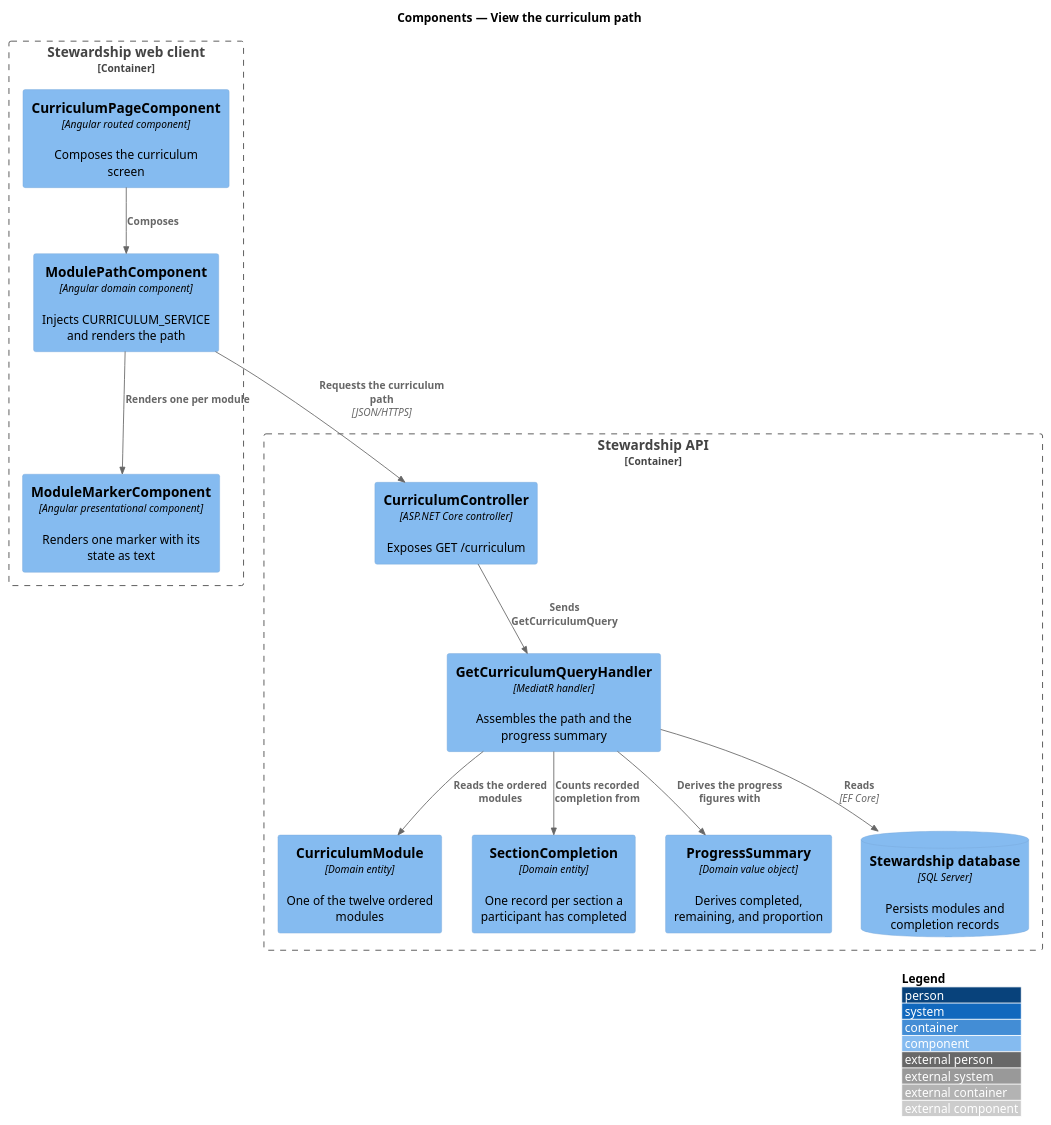
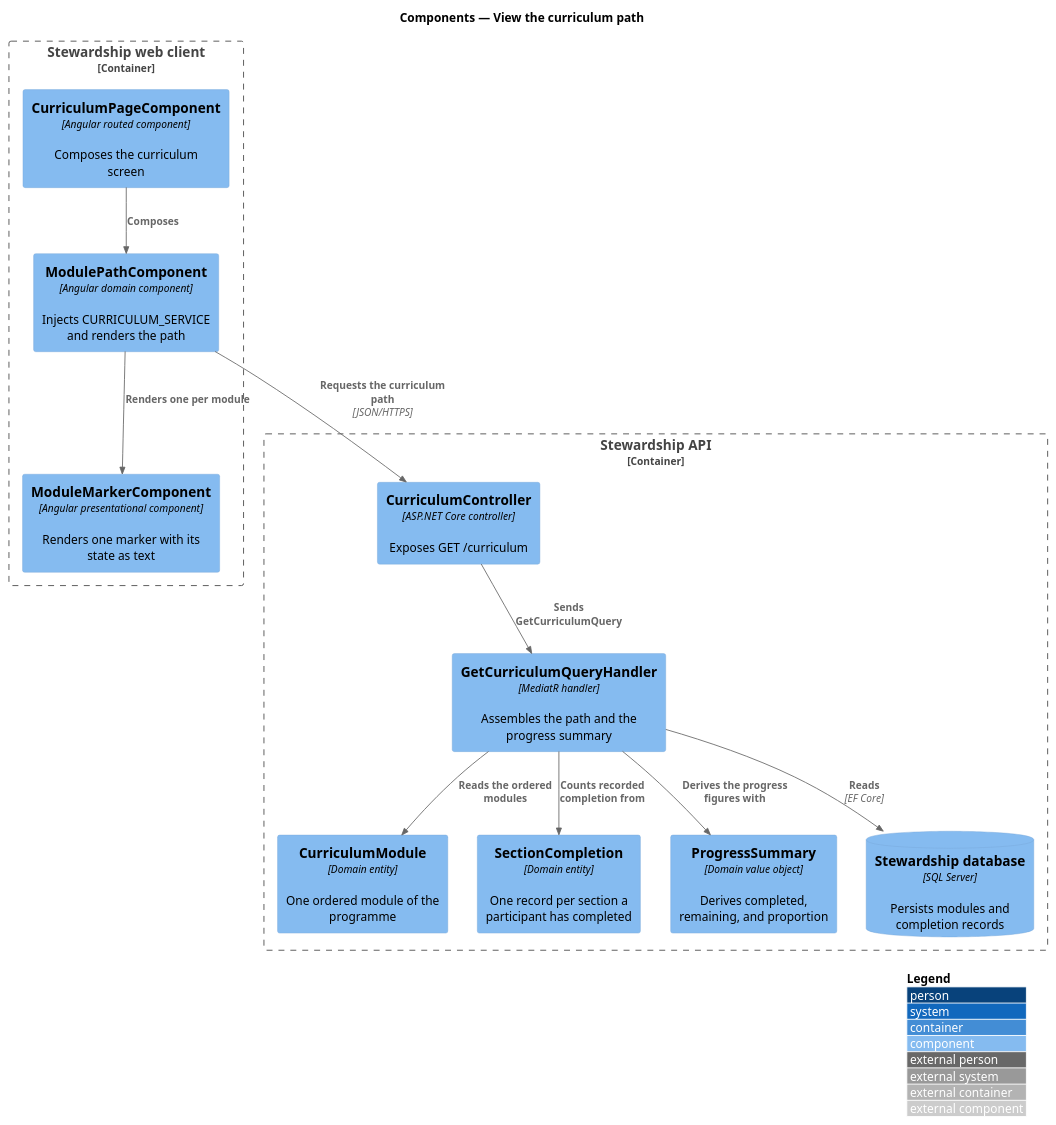
The diagram in docs/detailed-designs/curriculum/view-path/diagrams/c4-component.puml (QuinntyneBrown/quinntyne-brown-stewardship), drawn with PlantUML before and after one commit. The commit also changed 85 other files, not shown here.

```diff
--- a/docs/detailed-designs/curriculum/view-path/diagrams/c4-component.puml
+++ b/docs/detailed-designs/curriculum/view-path/diagrams/c4-component.puml
@@ -1,29 +1,29 @@
 @startuml
 !include <C4/C4_Component>
 LAYOUT_WITH_LEGEND()
 title Components — View the curriculum path
 
 Container_Boundary(spa, "Stewardship web client") {
   Component(page, "CurriculumPageComponent", "Angular routed component", "Composes the curriculum screen")
   Component(path, "ModulePathComponent", "Angular domain component", "Injects CURRICULUM_SERVICE and renders the path")
   Component(marker, "ModuleMarkerComponent", "Angular presentational component", "Renders one marker with its state as text")
 }
 
 Container_Boundary(api, "Stewardship API") {
   Component(controller, "CurriculumController", "ASP.NET Core controller", "Exposes GET /curriculum")
   Component(handler, "GetCurriculumQueryHandler", "MediatR handler", "Assembles the path and the progress summary")
-  Component(module, "CurriculumModule", "Domain entity", "One of the twelve ordered modules")
+  Component(module, "CurriculumModule", "Domain entity", "One ordered module of the programme")
   Component(completion, "SectionCompletion", "Domain entity", "One record per section a participant has completed")
   Component(summary, "ProgressSummary", "Domain value object", "Derives completed, remaining, and proportion")
   ComponentDb(db, "Stewardship database", "SQL Server", "Persists modules and completion records")
 }
 
 Rel(page, path, "Composes")
 Rel(path, marker, "Renders one per module")
 Rel(path, controller, "Requests the curriculum path", "JSON/HTTPS")
 Rel(controller, handler, "Sends GetCurriculumQuery")
 Rel(handler, module, "Reads the ordered modules")
 Rel(handler, completion, "Counts recorded completion from")
 Rel(handler, summary, "Derives the progress figures with")
 Rel(handler, db, "Reads", "EF Core")
 @enduml
```
